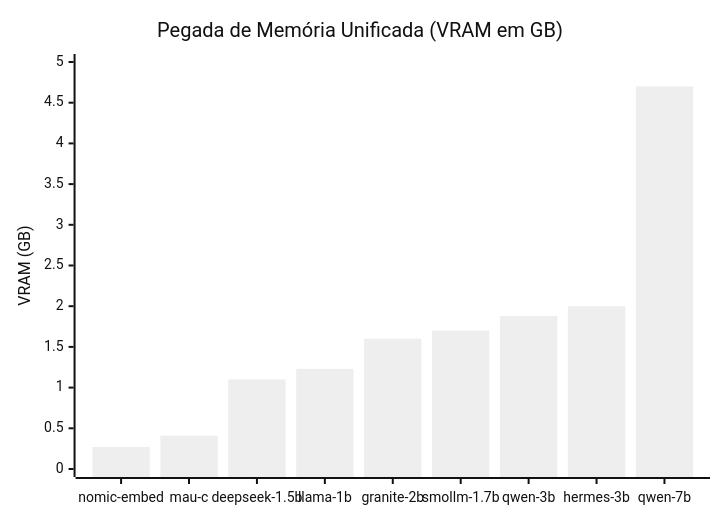
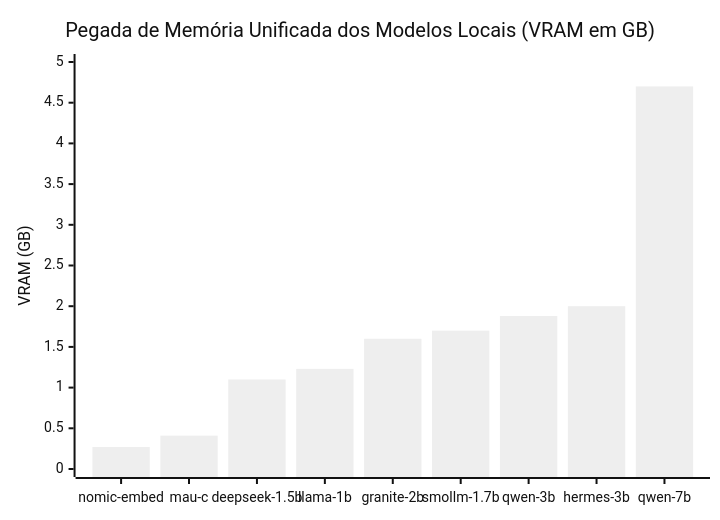
One commit to Helfstein-one/gravitational-singularity changed the second of 3 diagrams in README.md. Above: the diagram before and after it, drawn with Mermaid (neutral theme). The commit also changed other lines of this file and 7 other files, not shown here.

````diff
--- a/README.md
+++ b/README.md
@@ -147,7 +161,7 @@
 ```mermaid
 xychart-beta
-    title "Pegada de Memória Unificada (VRAM em GB)"
+    title "Pegada de Memória Unificada dos Modelos Locais (VRAM em GB)"
     x-axis ["nomic-embed", "mau-c", "deepseek-1.5b", "llama-1b", "granite-2b", "smollm-1.7b", "qwen-3b", "hermes-3b", "qwen-7b"]
     y-axis "VRAM (GB)" 0 --> 5
     bar [0.27, 0.41, 1.10, 1.23, 1.60, 1.70, 1.88, 2.00, 4.70]
 ```
````
